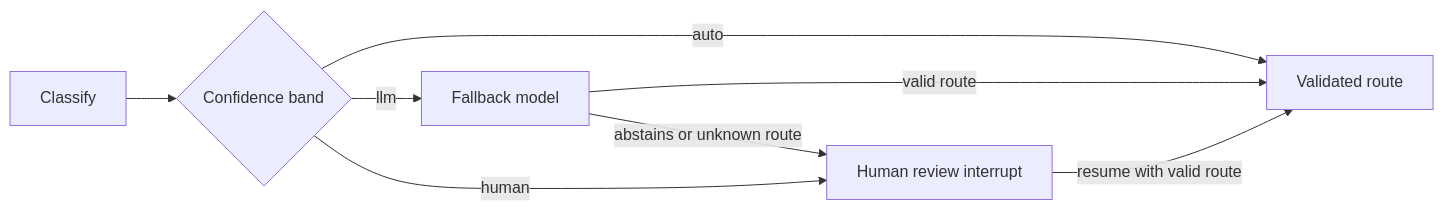
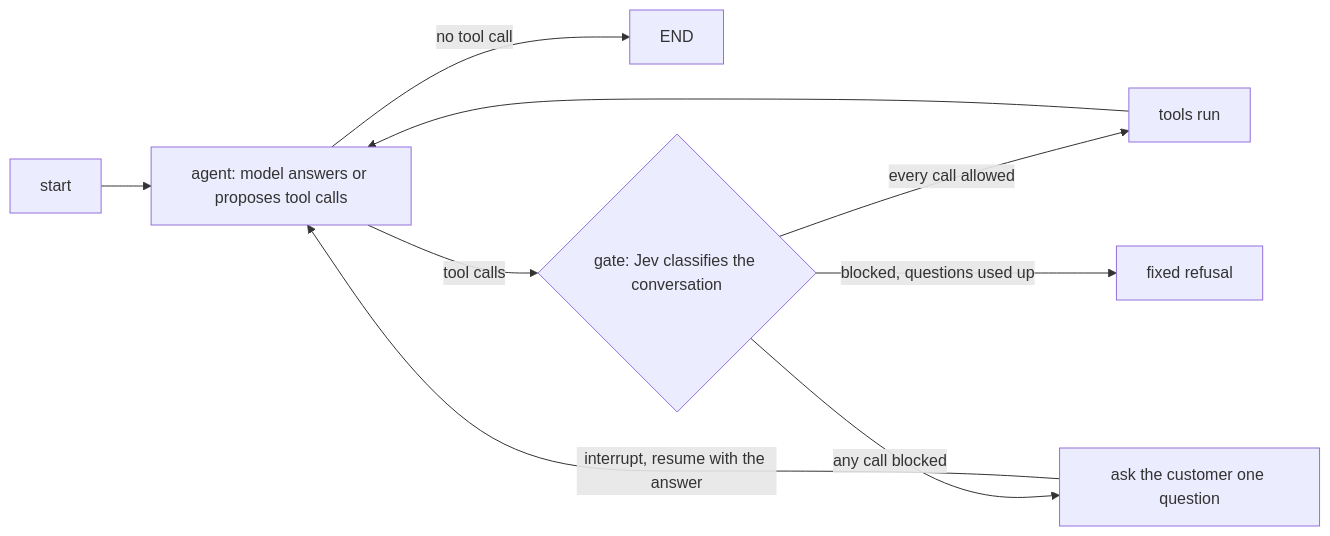
Before and after one commit to EricMariano/jev-lanes: the diagram in README.md, drawn with Mermaid. The commit also changed other lines of this file and 7 other files, not shown here.

First line of the commit message:
Rewrite docs for confidence-gated tools

````diff
--- a/README.md
+++ b/README.md
@@ -32,10 +25,11 @@
 ```mermaid
 flowchart LR
-    A[Classify] --> B{Confidence band}
-    B -->|auto| R[Validated route]
-    B -->|llm| L[Fallback model]
-    B -->|human| H[Human review interrupt]
-    L -->|valid route| R
-    L -->|abstains or unknown route| H
-    H -->|resume with valid route| R
+    S[start] --> A[agent: model answers or proposes tool calls]
+    A -->|no tool call| E[END]
+    A -->|tool calls| G{gate: Jev classifies the conversation}
+    G -->|every call allowed| T[tools run]
+    T --> A
+    G -->|any call blocked| Q[ask the customer one question]
+    Q -->|interrupt, resume with the answer| A
+    G -->|blocked, questions used up| R[fixed refusal]
 ```
````
